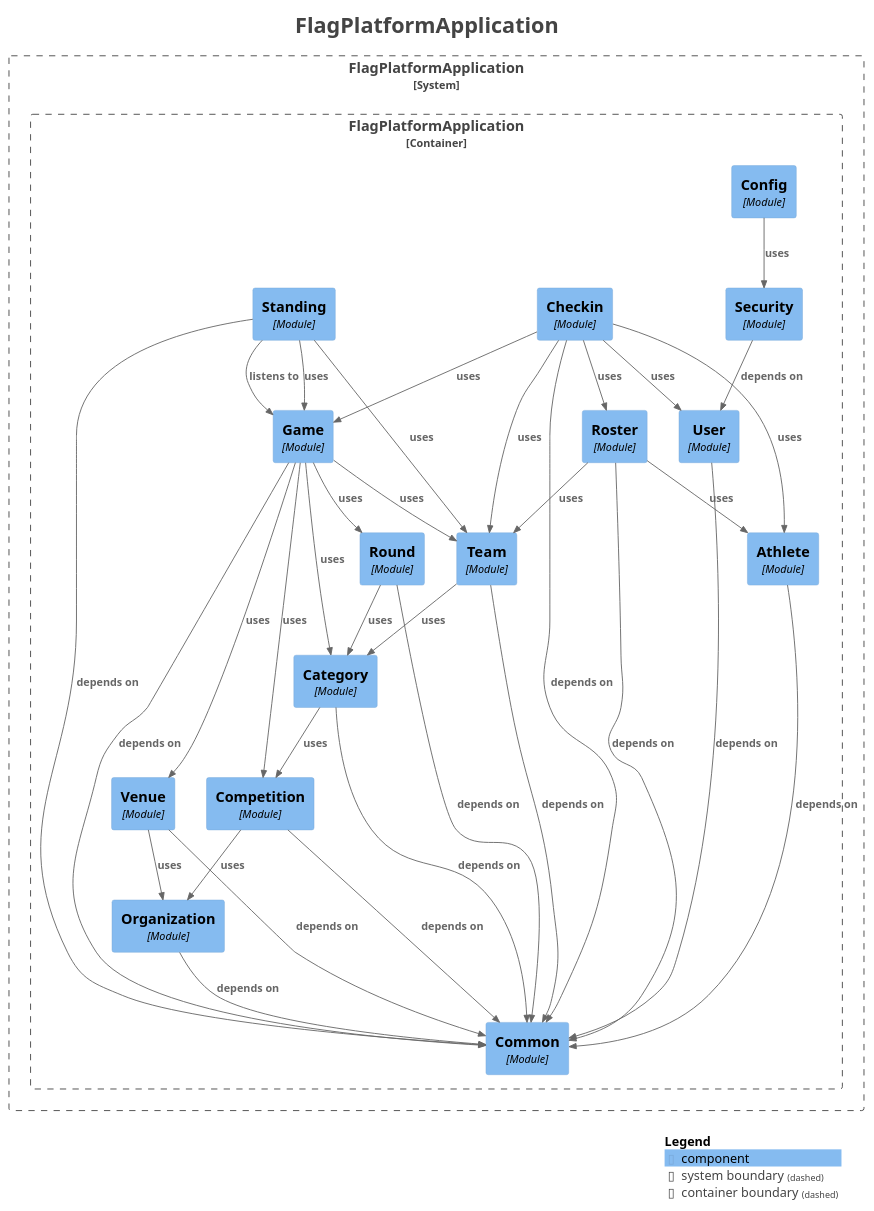
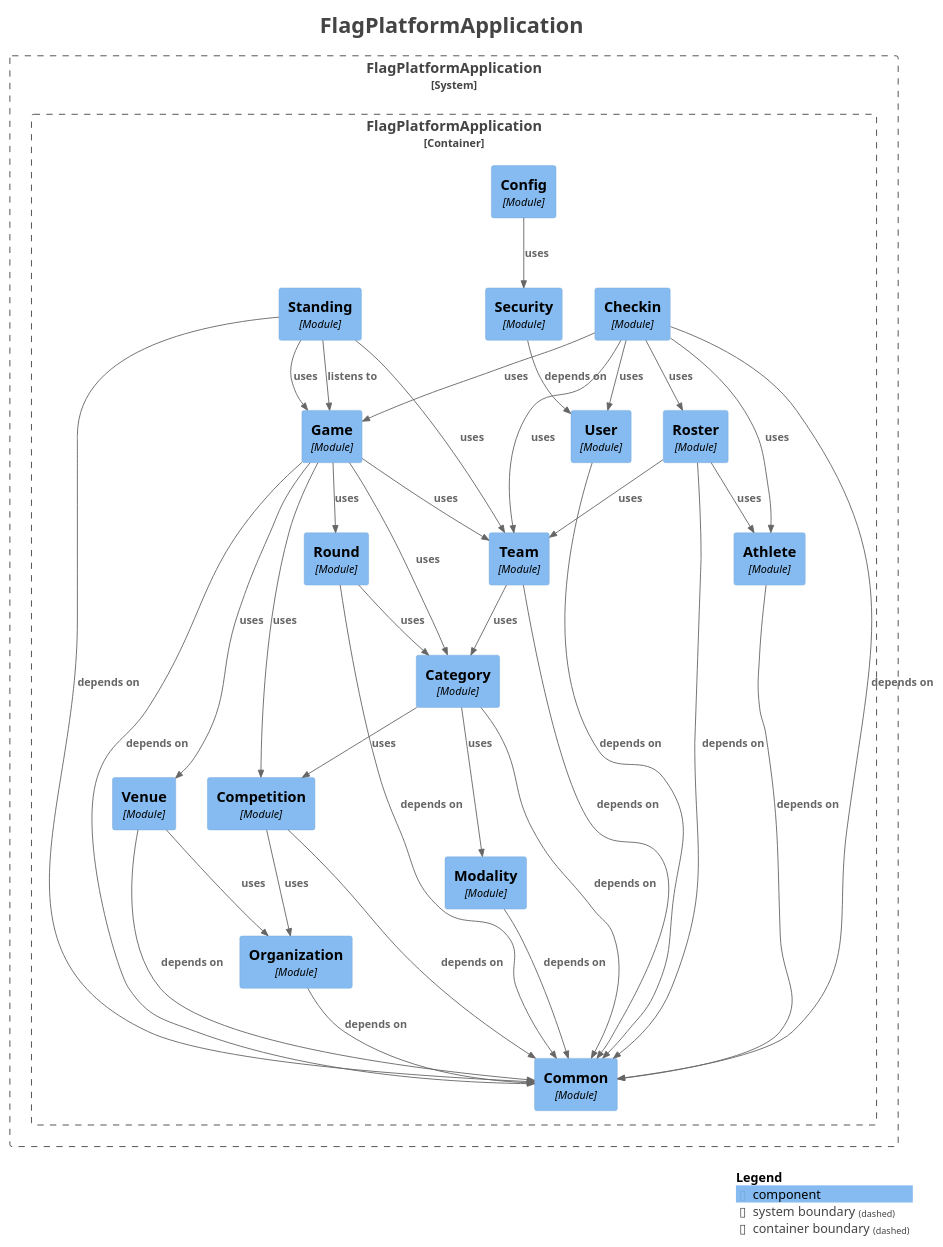
Before and after one commit to cesargranelli/flag-platform: the diagram in docs/architecture/diagrams/modules.puml, drawn with PlantUML. The commit also changed 3 other files, not shown here.

```diff
--- a/docs/architecture/diagrams/modules.puml
+++ b/docs/architecture/diagrams/modules.puml
@@ -1,76 +1,79 @@
 @startuml
 title <size:24>FlagPlatformApplication</size>
 
 set separator none
 top to bottom direction
 
 <style>
   root {
     BackgroundColor: #ffffff
     FontColor: #444444
   }
 </style>
 
 !include <C4/C4>
 !include <C4/C4_Context>
 !include <C4/C4_Component>
 
 System_Boundary("FlagPlatformApplication_boundary", "FlagPlatformApplication", $tags="") {
   Container_Boundary("FlagPlatformApplication.FlagPlatformApplication_boundary", "FlagPlatformApplication", $tags="") {
     Component(FlagPlatformApplication.FlagPlatformApplication.Category, "Category", $techn="Module", $descr="", $tags="", $link="")
     Component(FlagPlatformApplication.FlagPlatformApplication.Config, "Config", $techn="Module", $descr="", $tags="", $link="")
     Component(FlagPlatformApplication.FlagPlatformApplication.Round, "Round", $techn="Module", $descr="", $tags="", $link="")
     Component(FlagPlatformApplication.FlagPlatformApplication.Team, "Team", $techn="Module", $descr="", $tags="", $link="")
     Component(FlagPlatformApplication.FlagPlatformApplication.Game, "Game", $techn="Module", $descr="", $tags="", $link="")
     Component(FlagPlatformApplication.FlagPlatformApplication.Roster, "Roster", $techn="Module", $descr="", $tags="", $link="")
     Component(FlagPlatformApplication.FlagPlatformApplication.Checkin, "Checkin", $techn="Module", $descr="", $tags="", $link="")
     Component(FlagPlatformApplication.FlagPlatformApplication.Standing, "Standing", $techn="Module", $descr="", $tags="", $link="")
     Component(FlagPlatformApplication.FlagPlatformApplication.Common, "Common", $techn="Module", $descr="", $tags="", $link="")
     Component(FlagPlatformApplication.FlagPlatformApplication.Athlete, "Athlete", $techn="Module", $descr="", $tags="", $link="")
     Component(FlagPlatformApplication.FlagPlatformApplication.Organization, "Organization", $techn="Module", $descr="", $tags="", $link="")
     Component(FlagPlatformApplication.FlagPlatformApplication.User, "User", $techn="Module", $descr="", $tags="", $link="")
     Component(FlagPlatformApplication.FlagPlatformApplication.Competition, "Competition", $techn="Module", $descr="", $tags="", $link="")
+    Component(FlagPlatformApplication.FlagPlatformApplication.Modality, "Modality", $techn="Module", $descr="", $tags="", $link="")
     Component(FlagPlatformApplication.FlagPlatformApplication.Security, "Security", $techn="Module", $descr="", $tags="", $link="")
     Component(FlagPlatformApplication.FlagPlatformApplication.Venue, "Venue", $techn="Module", $descr="", $tags="", $link="")
   }
 
 }
 
 Rel(FlagPlatformApplication.FlagPlatformApplication.Organization, FlagPlatformApplication.FlagPlatformApplication.Common, "depends on", $techn="", $tags="", $link="")
 Rel(FlagPlatformApplication.FlagPlatformApplication.Athlete, FlagPlatformApplication.FlagPlatformApplication.Common, "depends on", $techn="", $tags="", $link="")
 Rel(FlagPlatformApplication.FlagPlatformApplication.Round, FlagPlatformApplication.FlagPlatformApplication.Common, "depends on", $techn="", $tags="", $link="")
 Rel(FlagPlatformApplication.FlagPlatformApplication.Round, FlagPlatformApplication.FlagPlatformApplication.Category, "uses", $techn="", $tags="", $link="")
 Rel(FlagPlatformApplication.FlagPlatformApplication.Team, FlagPlatformApplication.FlagPlatformApplication.Common, "depends on", $techn="", $tags="", $link="")
 Rel(FlagPlatformApplication.FlagPlatformApplication.Team, FlagPlatformApplication.FlagPlatformApplication.Category, "uses", $techn="", $tags="", $link="")
 Rel(FlagPlatformApplication.FlagPlatformApplication.Game, FlagPlatformApplication.FlagPlatformApplication.Common, "depends on", $techn="", $tags="", $link="")
 Rel(FlagPlatformApplication.FlagPlatformApplication.Game, FlagPlatformApplication.FlagPlatformApplication.Competition, "uses", $techn="", $tags="", $link="")
 Rel(FlagPlatformApplication.FlagPlatformApplication.Game, FlagPlatformApplication.FlagPlatformApplication.Category, "uses", $techn="", $tags="", $link="")
 Rel(FlagPlatformApplication.FlagPlatformApplication.Game, FlagPlatformApplication.FlagPlatformApplication.Round, "uses", $techn="", $tags="", $link="")
 Rel(FlagPlatformApplication.FlagPlatformApplication.Game, FlagPlatformApplication.FlagPlatformApplication.Venue, "uses", $techn="", $tags="", $link="")
 Rel(FlagPlatformApplication.FlagPlatformApplication.Game, FlagPlatformApplication.FlagPlatformApplication.Team, "uses", $techn="", $tags="", $link="")
 Rel(FlagPlatformApplication.FlagPlatformApplication.Checkin, FlagPlatformApplication.FlagPlatformApplication.Common, "depends on", $techn="", $tags="", $link="")
 Rel(FlagPlatformApplication.FlagPlatformApplication.Checkin, FlagPlatformApplication.FlagPlatformApplication.Game, "uses", $techn="", $tags="", $link="")
 Rel(FlagPlatformApplication.FlagPlatformApplication.Checkin, FlagPlatformApplication.FlagPlatformApplication.Roster, "uses", $techn="", $tags="", $link="")
 Rel(FlagPlatformApplication.FlagPlatformApplication.Checkin, FlagPlatformApplication.FlagPlatformApplication.Athlete, "uses", $techn="", $tags="", $link="")
 Rel(FlagPlatformApplication.FlagPlatformApplication.Checkin, FlagPlatformApplication.FlagPlatformApplication.Team, "uses", $techn="", $tags="", $link="")
 Rel(FlagPlatformApplication.FlagPlatformApplication.Checkin, FlagPlatformApplication.FlagPlatformApplication.User, "uses", $techn="", $tags="", $link="")
 Rel(FlagPlatformApplication.FlagPlatformApplication.Roster, FlagPlatformApplication.FlagPlatformApplication.Common, "depends on", $techn="", $tags="", $link="")
 Rel(FlagPlatformApplication.FlagPlatformApplication.Roster, FlagPlatformApplication.FlagPlatformApplication.Team, "uses", $techn="", $tags="", $link="")
 Rel(FlagPlatformApplication.FlagPlatformApplication.Roster, FlagPlatformApplication.FlagPlatformApplication.Athlete, "uses", $techn="", $tags="", $link="")
 Rel(FlagPlatformApplication.FlagPlatformApplication.User, FlagPlatformApplication.FlagPlatformApplication.Common, "depends on", $techn="", $tags="", $link="")
 Rel(FlagPlatformApplication.FlagPlatformApplication.Standing, FlagPlatformApplication.FlagPlatformApplication.Game, "listens to", $techn="", $tags="", $link="")
 Rel(FlagPlatformApplication.FlagPlatformApplication.Standing, FlagPlatformApplication.FlagPlatformApplication.Common, "depends on", $techn="", $tags="", $link="")
 Rel(FlagPlatformApplication.FlagPlatformApplication.Standing, FlagPlatformApplication.FlagPlatformApplication.Team, "uses", $techn="", $tags="", $link="")
 Rel(FlagPlatformApplication.FlagPlatformApplication.Standing, FlagPlatformApplication.FlagPlatformApplication.Game, "uses", $techn="", $tags="", $link="")
 Rel(FlagPlatformApplication.FlagPlatformApplication.Competition, FlagPlatformApplication.FlagPlatformApplication.Common, "depends on", $techn="", $tags="", $link="")
 Rel(FlagPlatformApplication.FlagPlatformApplication.Competition, FlagPlatformApplication.FlagPlatformApplication.Organization, "uses", $techn="", $tags="", $link="")
 Rel(FlagPlatformApplication.FlagPlatformApplication.Category, FlagPlatformApplication.FlagPlatformApplication.Common, "depends on", $techn="", $tags="", $link="")
 Rel(FlagPlatformApplication.FlagPlatformApplication.Category, FlagPlatformApplication.FlagPlatformApplication.Competition, "uses", $techn="", $tags="", $link="")
+Rel(FlagPlatformApplication.FlagPlatformApplication.Category, FlagPlatformApplication.FlagPlatformApplication.Modality, "uses", $techn="", $tags="", $link="")
+Rel(FlagPlatformApplication.FlagPlatformApplication.Modality, FlagPlatformApplication.FlagPlatformApplication.Common, "depends on", $techn="", $tags="", $link="")
 Rel(FlagPlatformApplication.FlagPlatformApplication.Config, FlagPlatformApplication.FlagPlatformApplication.Security, "uses", $techn="", $tags="", $link="")
 Rel(FlagPlatformApplication.FlagPlatformApplication.Security, FlagPlatformApplication.FlagPlatformApplication.User, "depends on", $techn="", $tags="", $link="")
 Rel(FlagPlatformApplication.FlagPlatformApplication.Venue, FlagPlatformApplication.FlagPlatformApplication.Common, "depends on", $techn="", $tags="", $link="")
 Rel(FlagPlatformApplication.FlagPlatformApplication.Venue, FlagPlatformApplication.FlagPlatformApplication.Organization, "uses", $techn="", $tags="", $link="")
 
 SHOW_LEGEND(true)
 hide stereotypes
 @enduml
```
